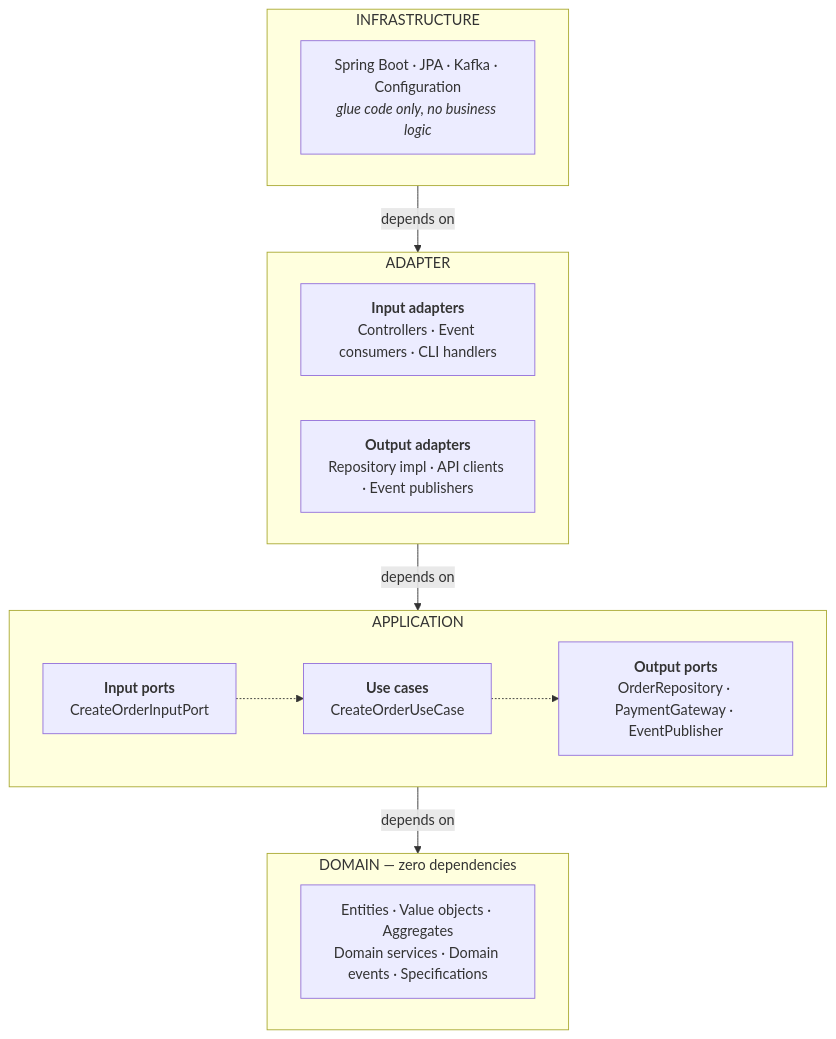
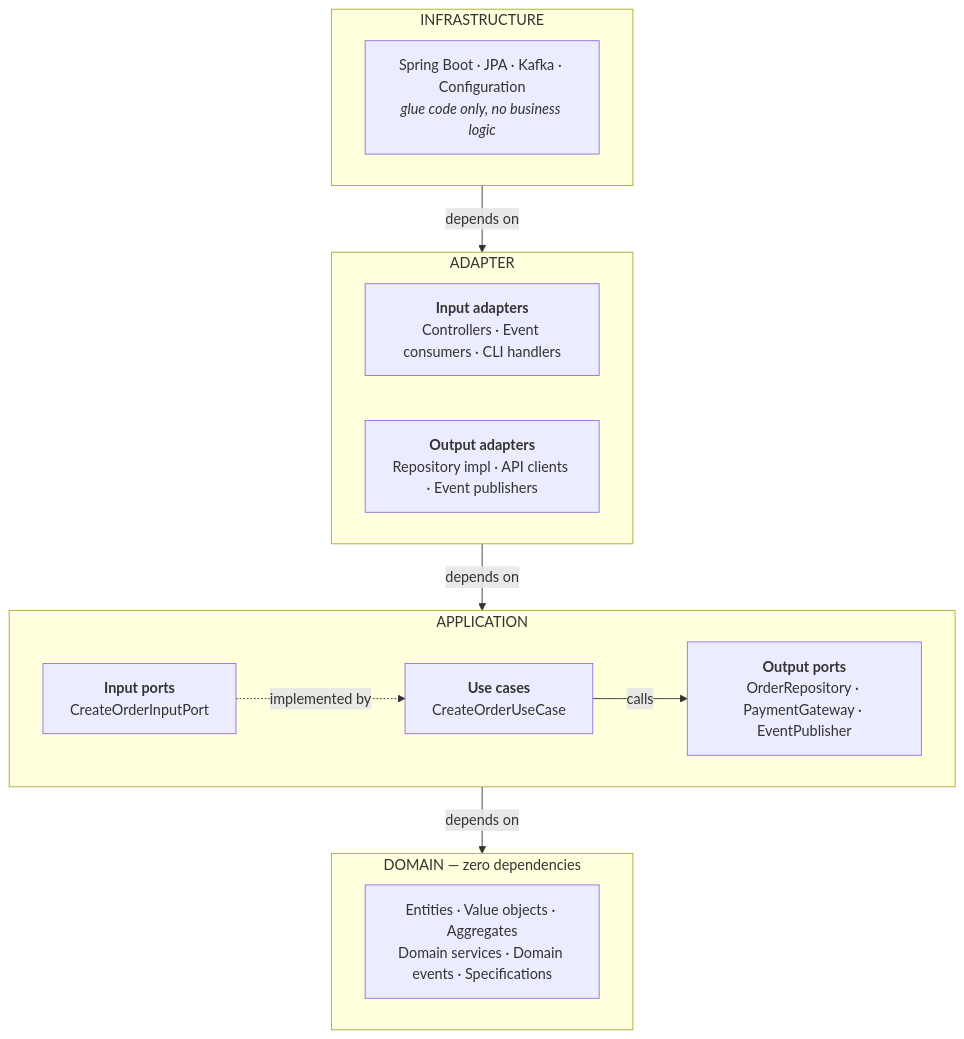
The first of 3 diagrams in architecture/dependency-structure.md (domain-centric-development/dca-guide), drawn with Mermaid before and after one commit. The commit also changed other lines of this file, not shown here.

Commit message:
docs: repair what the conversion changed by accident
Converting a diagram is not a formatting change: box art leaves relations
implicit, mermaid forces a label on every edge, and three of those labels were
guesses rather than statements from the guide.

- The application subgraph had two unlabelled dotted edges. A use case
  implements its input port and calls its output ports; that is now written.
- The request flow lost the domain-event publication the old box listed as a
  use-case responsibility. Back, with the transaction note the rules require.
- A semicolon inside a sequence Note ends the statement — mermaid refused the
  diagram. Only a parser catches that; on GitHub it renders as a red box.

````diff
--- a/architecture/dependency-structure.md
+++ b/architecture/dependency-structure.md
@@ -5,24 +5,24 @@
 ```mermaid
 flowchart TD
     subgraph INFRA["INFRASTRUCTURE"]
         I["Spring Boot · JPA · Kafka · Configuration<br><i>glue code only, no business logic</i>"]
     end
     subgraph ADAPTER["ADAPTER"]
         AI["<b>Input adapters</b><br>Controllers · Event consumers · CLI handlers"]
         AO["<b>Output adapters</b><br>Repository impl · API clients · Event publishers"]
     end
     subgraph APP["APPLICATION"]
         PI["<b>Input ports</b><br>CreateOrderInputPort"]
         UC["<b>Use cases</b><br>CreateOrderUseCase"]
         PO["<b>Output ports</b><br>OrderRepository · PaymentGateway · EventPublisher"]
-        PI -.-> UC
-        UC -.-> PO
+        PI -. implemented by .-> UC
+        UC -- calls --> PO
     end
     subgraph DOMAIN["DOMAIN — zero dependencies"]
         DM["Entities · Value objects · Aggregates<br>Domain services · Domain events · Specifications"]
     end
 
     INFRA -- depends on --> ADAPTER
     ADAPTER -- depends on --> APP
     APP -- depends on --> DOMAIN
 ```
````
